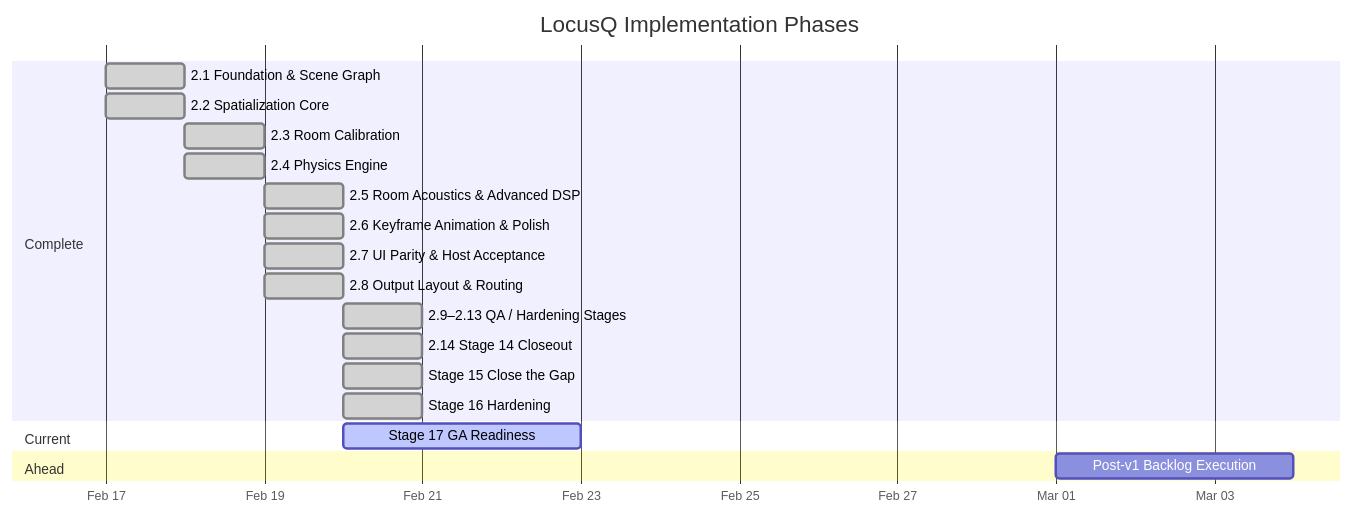
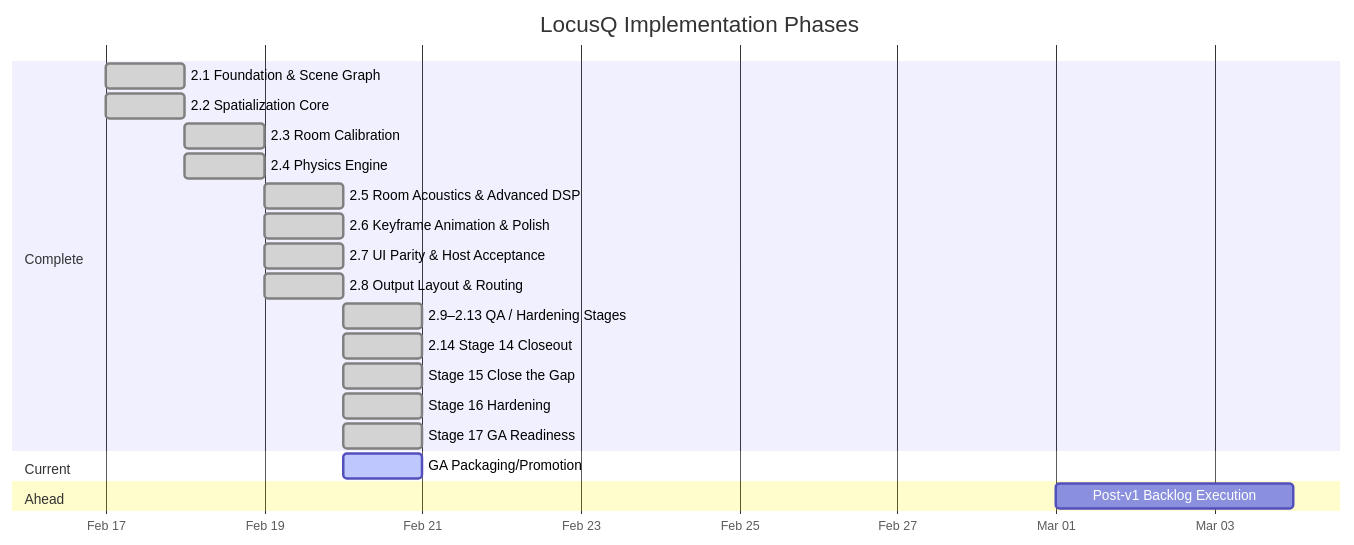
Before and after one commit to joshband/LocusQ: the fourth of 5 diagrams in Documentation/full-project-review-2026-02-20.md, drawn with Mermaid. The commit also changed other lines of this file and 1 other file, not shown here.

Commit message:
chore(release): record v1.0.0-ga promotion milestone

````diff
--- a/Documentation/full-project-review-2026-02-20.md
+++ b/Documentation/full-project-review-2026-02-20.md
@@ -381,26 +381,27 @@
 ```mermaid
 gantt
     title LocusQ Implementation Phases
     dateFormat YYYY-MM-DD
     axisFormat %b %d
 
     section Complete
     2.1 Foundation & Scene Graph       :done, 2026-02-17, 1d
     2.2 Spatialization Core            :done, 2026-02-17, 1d
     2.3 Room Calibration               :done, 2026-02-18, 1d
     2.4 Physics Engine                 :done, 2026-02-18, 1d
     2.5 Room Acoustics & Advanced DSP  :done, 2026-02-19, 1d
     2.6 Keyframe Animation & Polish    :done, 2026-02-19, 1d
     2.7 UI Parity & Host Acceptance    :done, 2026-02-19, 1d
     2.8 Output Layout & Routing        :done, 2026-02-19, 1d
     2.9–2.13 QA / Hardening Stages     :done, 2026-02-20, 1d
     2.14 Stage 14 Closeout             :done, 2026-02-20, 1d
     Stage 15 Close the Gap             :done, 2026-02-20, 1d
     Stage 16 Hardening                 :done, 2026-02-20, 1d
+    Stage 17 GA Readiness              :done, 2026-02-20, 1d
 
     section Current
-    Stage 17 GA Readiness              :active, 2026-02-20, 3d
+    GA Packaging/Promotion             :active, 2026-02-20, 1d
 
     section Ahead
     Post-v1 Backlog Execution          :2026-03-01, 3d
 ```
````
